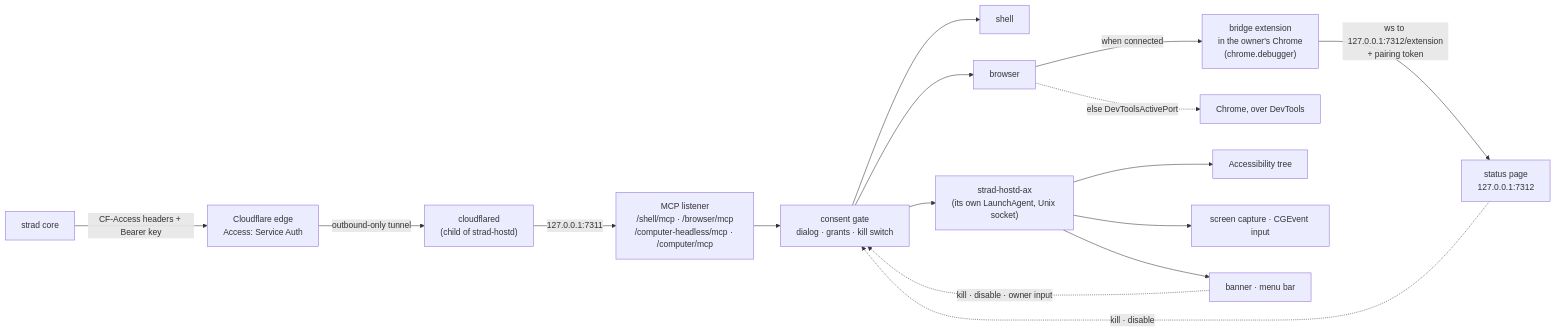
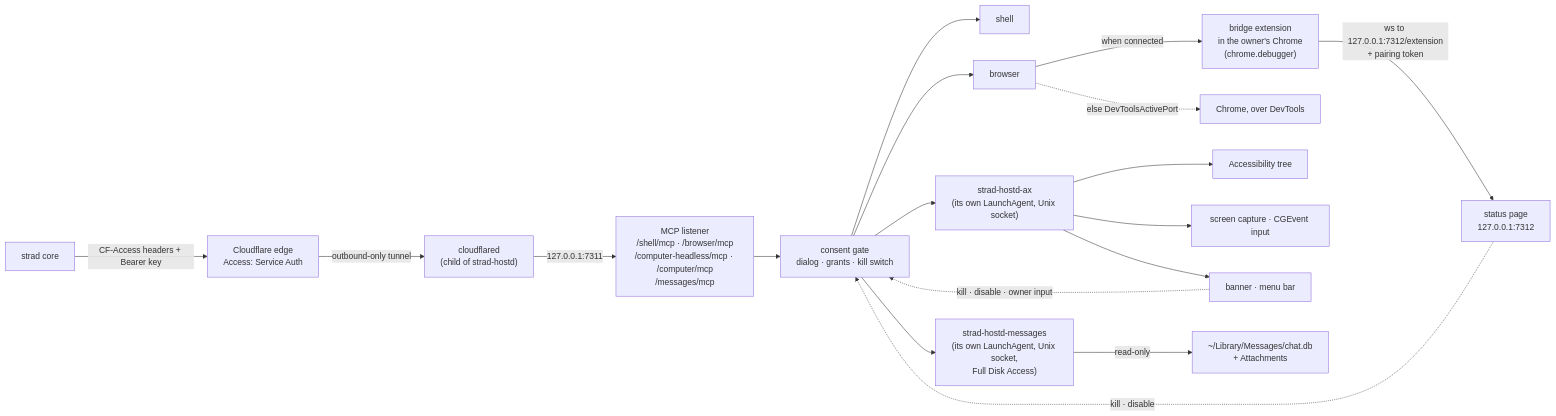
One commit to tadasant/strad changed the diagram in docs/src/content/docs/servers/hostd.md. Above: the diagram before and after it, drawn with Mermaid. The commit also changed other lines of this file and 35 other files, not shown here.

````diff
--- a/docs/src/content/docs/servers/hostd.md
+++ b/docs/src/content/docs/servers/hostd.md
@@ -15,18 +16,20 @@
 ```mermaid
 flowchart LR
   S["strad core"] -->|"CF-Access headers + Bearer key"| E["Cloudflare edge<br/>Access: Service Auth"]
   E -->|"outbound-only tunnel"| C["cloudflared<br/>(child of strad-hostd)"]
-  C -->|"127.0.0.1:7311"| M["MCP listener<br/>/shell/mcp · /browser/mcp<br/>/computer-headless/mcp · /computer/mcp"]
+  C -->|"127.0.0.1:7311"| M["MCP listener<br/>/shell/mcp · /browser/mcp<br/>/computer-headless/mcp · /computer/mcp<br/>/messages/mcp"]
   M --> G["consent gate<br/>dialog · grants · kill switch"]
   G --> SH["shell"]
   G --> BR["browser"]
   BR -->|"when connected"| EXT["bridge extension<br/>in the owner's Chrome<br/>(chrome.debugger)"]
   BR -.->|"else DevToolsActivePort"| CH["Chrome, over DevTools"]
   EXT -->|"ws to 127.0.0.1:7312/extension<br/>+ pairing token"| P
   G --> AX["strad-hostd-ax<br/>(its own LaunchAgent, Unix socket)"]
   AX --> ACC["Accessibility tree"]
   AX --> CG["screen capture · CGEvent input"]
   AX --> BN["banner · menu bar"]
+  G --> MS["strad-hostd-messages<br/>(its own LaunchAgent, Unix socket,<br/>Full Disk Access)"]
+  MS -->|"read-only"| DB["~/Library/Messages/chat.db<br/>+ Attachments"]
   P["status page<br/>127.0.0.1:7312"] -.->|"kill · disable"| G
   BN -.->|"kill · disable · owner input"| G
 ```
````
